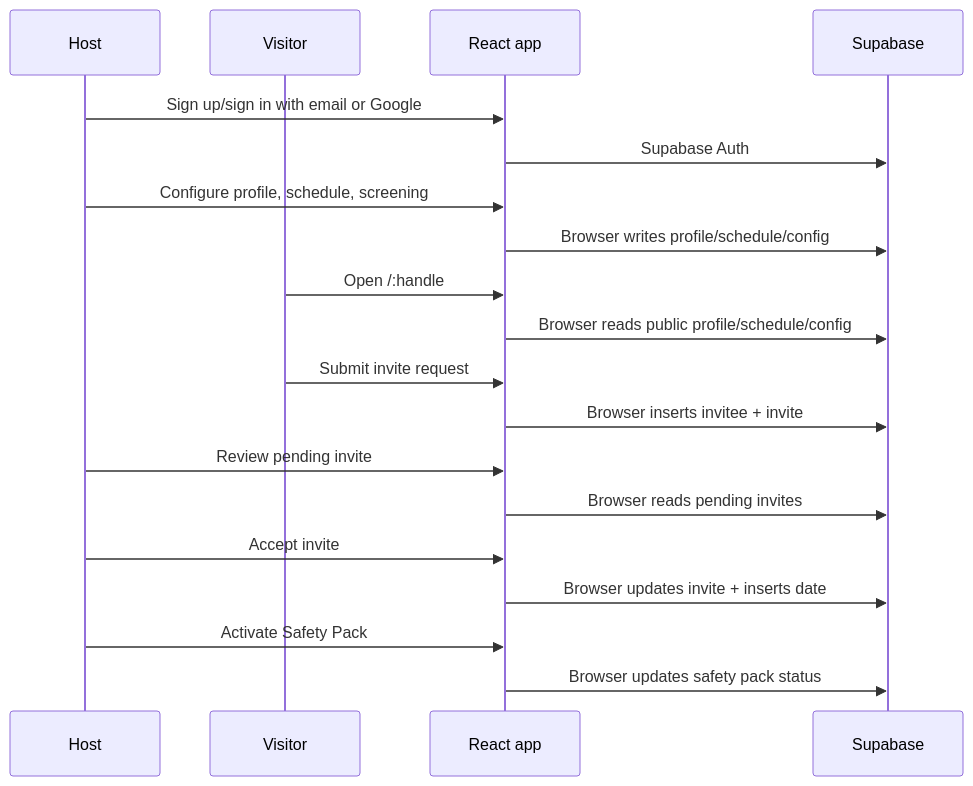
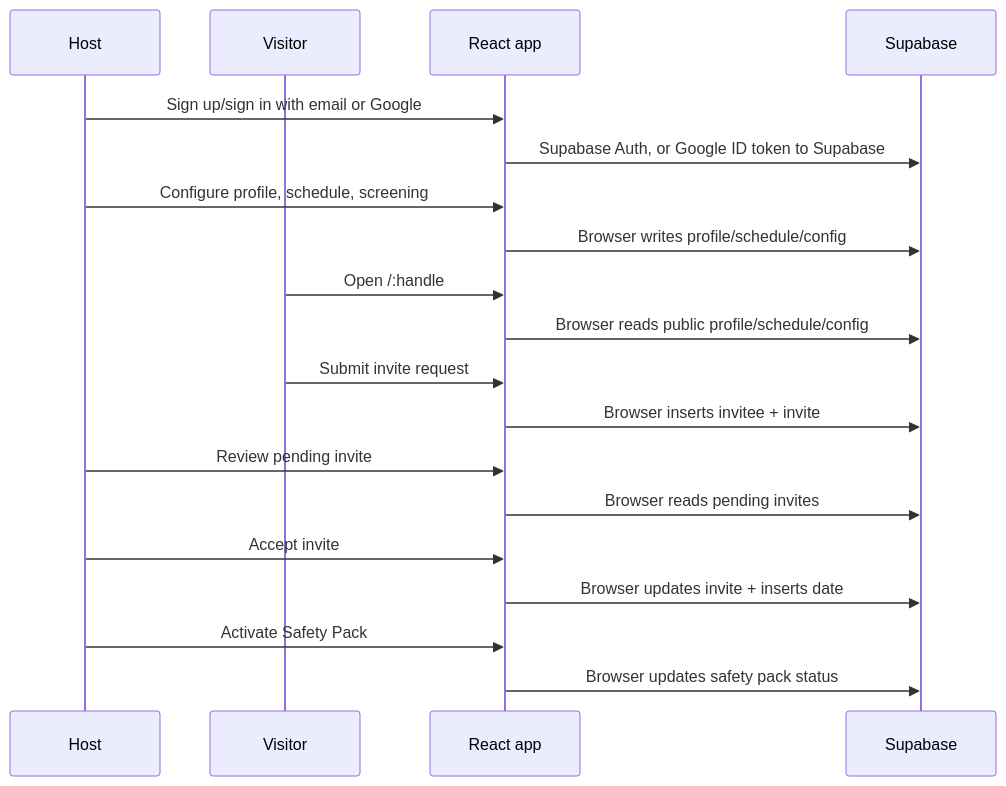
The second of 5 diagrams in docs/architecture.md (ihvou/uinviteme), drawn with Mermaid before and after one commit. The commit also changed other lines of this file and 7 other files, not shown here.

Commit message:
Use Google Identity Services for host auth

````diff
--- a/docs/architecture.md
+++ b/docs/architecture.md
@@ -39,22 +39,22 @@
 ```mermaid
 sequenceDiagram
   participant H as Host
   participant V as Visitor
   participant UI as React app
   participant SB as Supabase
 
   H->>UI: Sign up/sign in with email or Google
-  UI->>SB: Supabase Auth
+  UI->>SB: Supabase Auth, or Google ID token to Supabase
   H->>UI: Configure profile, schedule, screening
   UI->>SB: Browser writes profile/schedule/config
   V->>UI: Open /:handle
   UI->>SB: Browser reads public profile/schedule/config
   V->>UI: Submit invite request
   UI->>SB: Browser inserts invitee + invite
   H->>UI: Review pending invite
   UI->>SB: Browser reads pending invites
   H->>UI: Accept invite
   UI->>SB: Browser updates invite + inserts date
   H->>UI: Activate Safety Pack
   UI->>SB: Browser updates safety pack status
 ```
````
